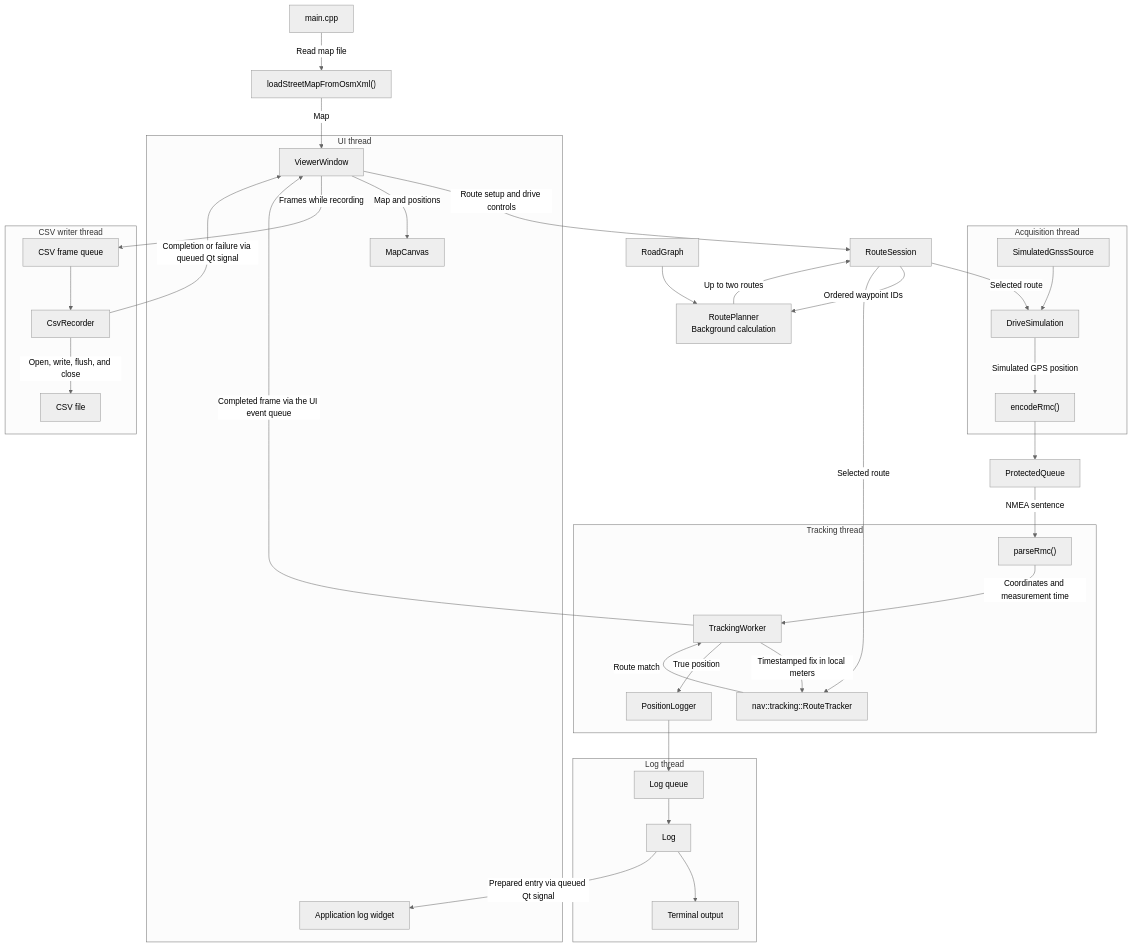
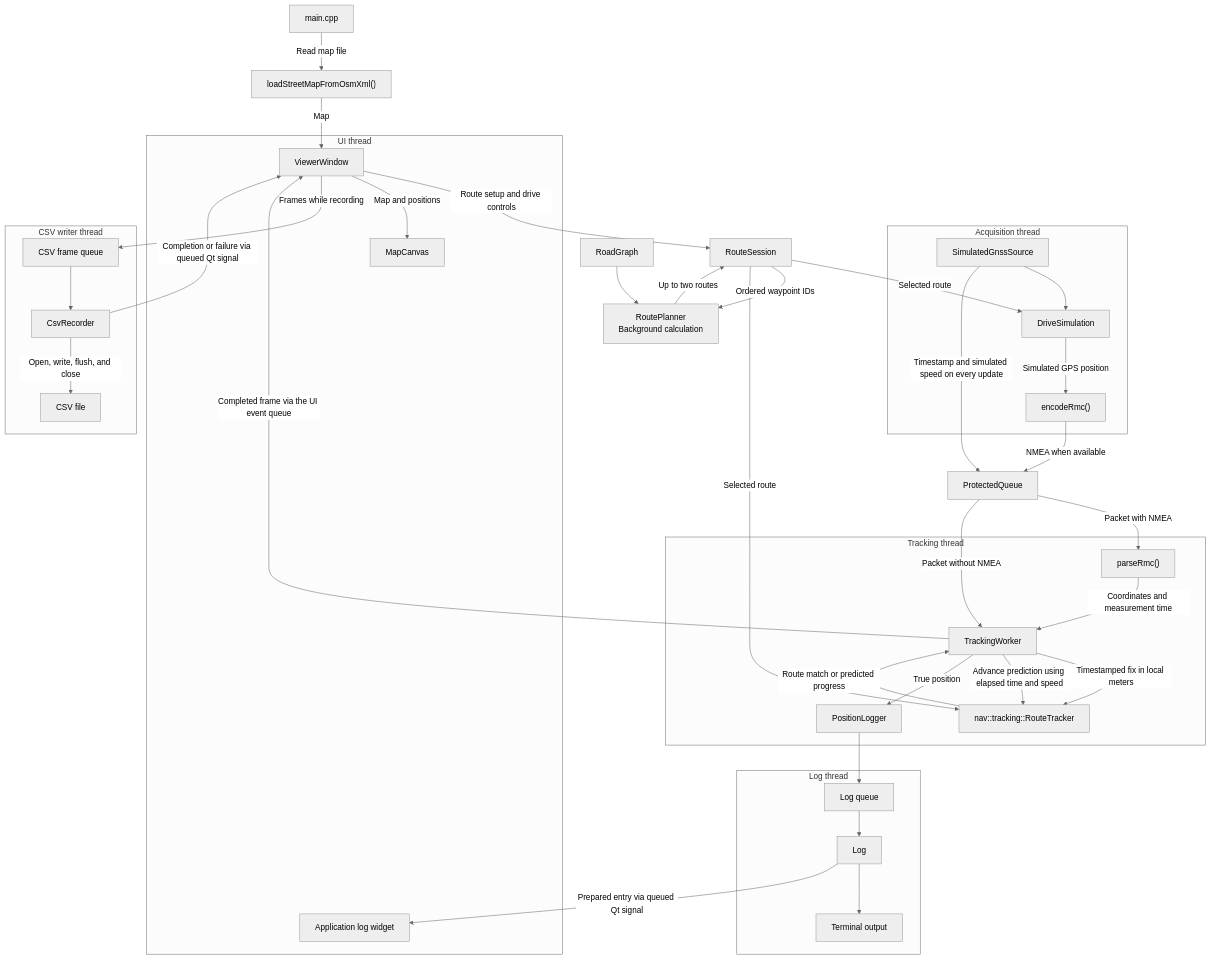
Before and after one commit to niklaskarel/NavNative: the diagram in README.md, drawn with Mermaid (neutral theme). The commit also changed other lines of this file and 17 other files, not shown here.

````diff
--- a/README.md
+++ b/README.md
@@ -37,45 +45,48 @@
 ```mermaid
 flowchart TD
     Main["main.cpp"] -->|"Read map file"| Import["loadStreetMapFromOsmXml()"]
     Import -->|"Map"| Window["ViewerWindow"]
     Window -->|"Route setup and drive controls"| Session["RouteSession"]
     Session -->|"Ordered waypoint IDs"| Planner["RoutePlanner<br/>Background calculation"]
     Graph["RoadGraph"] --> Planner
     Planner -->|"Up to two routes"| Session
     Session -->|"Selected route"| Simulation
     Session -->|"Selected route"| Tracker
 
     subgraph Acquisition["Acquisition thread"]
         Source["SimulatedGnssSource"] --> Simulation["DriveSimulation"]
         Simulation -->|"Simulated GPS position"| Encode["encodeRmc()"]
     end
-    Encode --> Queue["ProtectedQueue"]
-    Queue -->|"NMEA sentence"| Decode
+    Encode -->|"NMEA when available"| Queue["ProtectedQueue"]
+    Source -->|"Timestamp and simulated speed on every update"| Queue
+    Queue -->|"Packet with NMEA"| Decode
+    Queue -->|"Packet without NMEA"| Worker
     subgraph Processing["Tracking thread"]
         Decode["parseRmc()"] -->|"Coordinates and measurement time"| Worker["TrackingWorker"]
         Worker -->|"Timestamped fix in local meters"| Tracker["nav::tracking::RouteTracker"]
-        Tracker -->|"Route match"| Worker
+        Worker -->|"Advance prediction using elapsed time and speed"| Tracker
+        Tracker -->|"Route match or predicted progress"| Worker
         Worker -->|"True position"| PositionLogger["PositionLogger"]
     end
 
     subgraph Interface["UI thread"]
         Window -->|"Map and positions"| Canvas["MapCanvas"]
         LogView["Application log widget"]
     end
 
     Window -->|"Frames while recording"| CsvQueue["CSV frame queue"]
     subgraph Recording["CSV writer thread"]
         CsvQueue --> Recorder["CsvRecorder"]
         Recorder -->|"Open, write, flush, and close"| CsvFile["CSV file"]
     end
     Recorder -->|"Completion or failure via queued Qt signal"| Window
 
     PositionLogger --> LogQueue["Log queue"]
     subgraph Logging["Log thread"]
         LogQueue --> LogWorker["Log"]
         LogWorker --> Terminal["Terminal output"]
     end
     LogWorker -->|"Prepared entry via queued Qt signal"| LogView
 
     Worker -->|"Completed frame via the UI event queue"| Window
 ```
````
